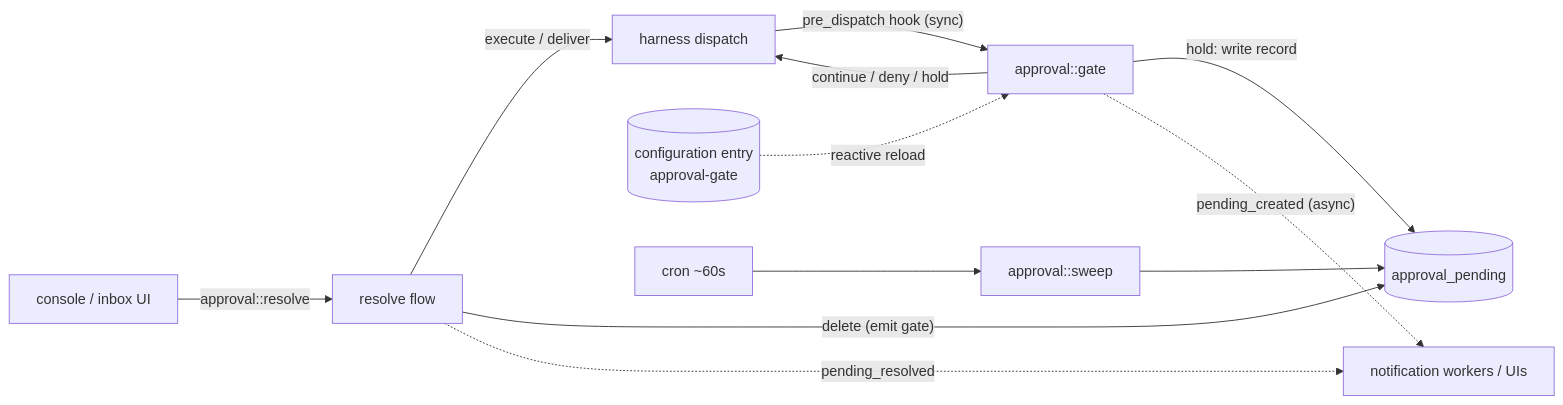
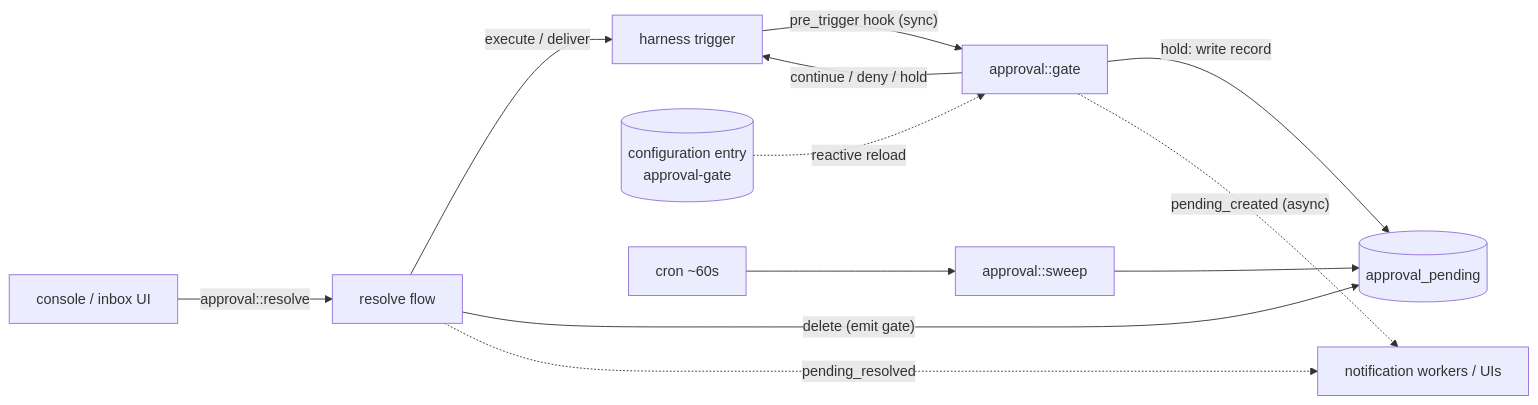
One commit to iii-hq/workers changed the diagram in approval-gate/architecture/README.md. Above: the diagram before and after it, drawn with Mermaid. The commit also changed other lines of this file and 18 other files, not shown here.

First line of the commit message:
refactor(approval-gate): rename the pre_dispatch hook to pre_trigger

````diff
--- a/approval-gate/architecture/README.md
+++ b/approval-gate/architecture/README.md
@@ -39,13 +39,13 @@
 ```mermaid
 flowchart LR
-  H[harness dispatch] -- "pre_dispatch hook (sync)" --> G[approval::gate]
+  H[harness trigger] -- "pre_trigger hook (sync)" --> G[approval::gate]
   G -- "continue / deny / hold" --> H
   G -- "hold: write record" --> S[(approval_pending)]
   G -. "pending_created (async)" .-> N[notification workers / UIs]
   UI[console / inbox UI] -- "approval::resolve" --> R[resolve flow]
   R -- "execute / deliver" --> H
   R -- "delete (emit gate)" --> S
   R -. "pending_resolved" .-> N
   C[(configuration entry\napproval-gate)] -. "reactive reload" .-> G
   CR[cron ~60s] --> SW[approval::sweep] --> S
 ```
````
